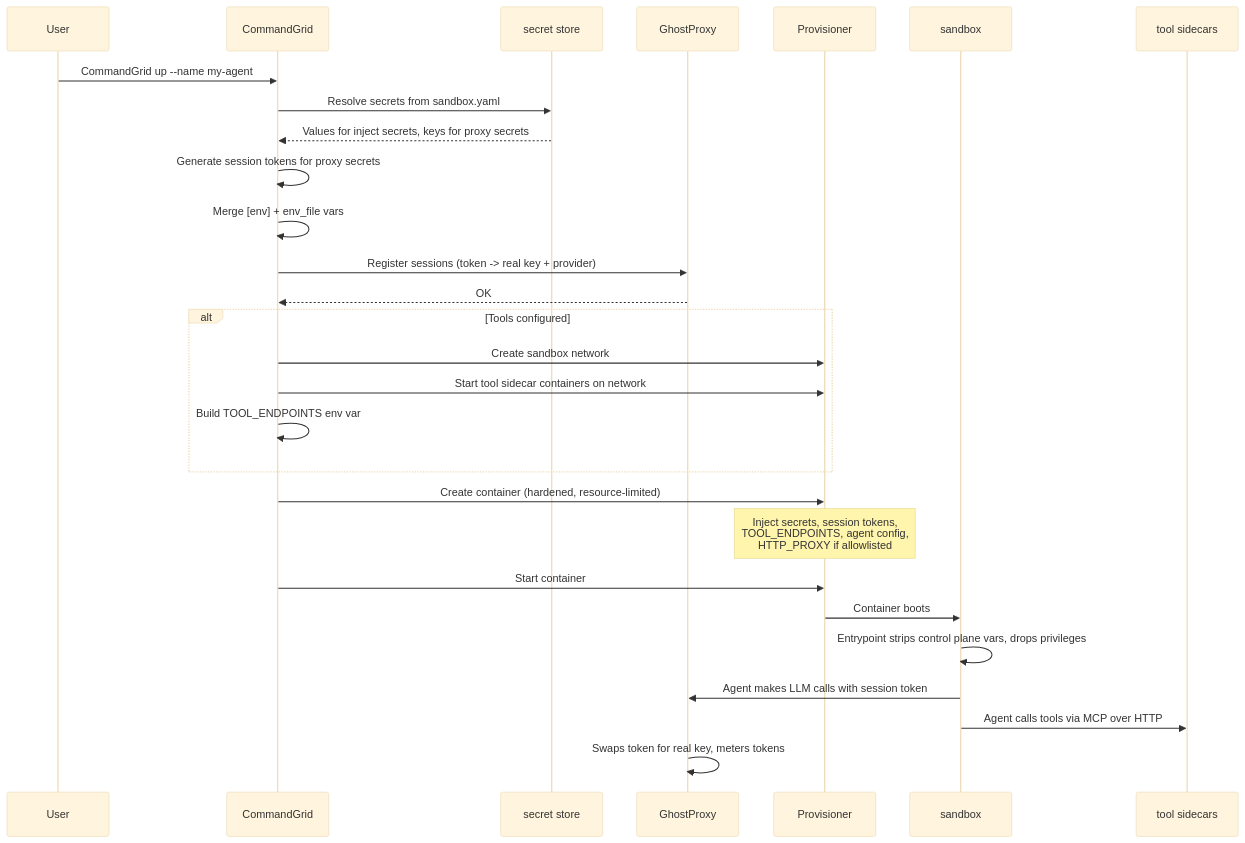
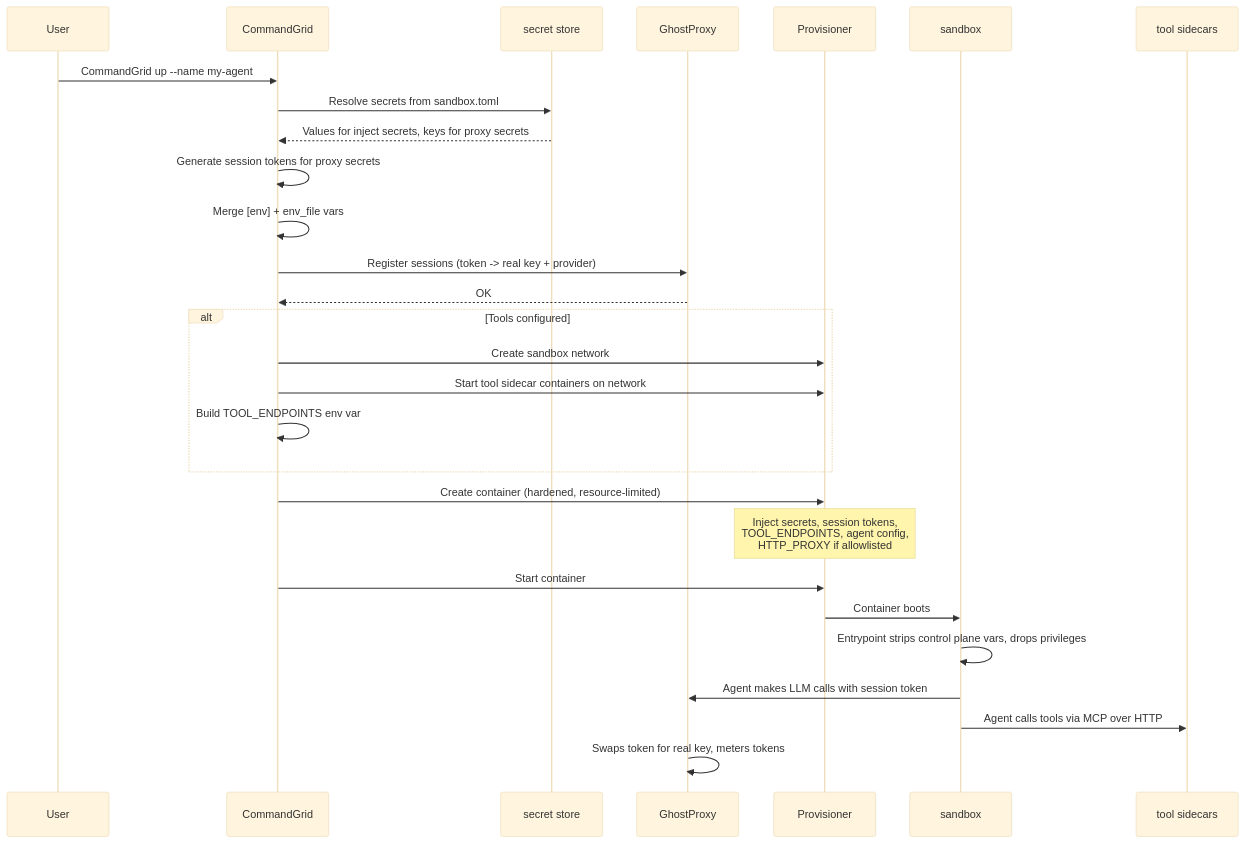
The second of 4 diagrams in README.md (Travbz/CommandGrid), drawn with Mermaid (base theme) before and after one commit. The commit also changed other lines of this file and 3 other files, not shown here.

````diff
--- a/README.md
+++ b/README.md
@@ -140,35 +146,35 @@
 ```mermaid
 sequenceDiagram
     participant User
     participant CP as CommandGrid
     participant Store as secret store
     participant Proxy as GhostProxy
     participant Docker as Provisioner
     participant Sandbox as sandbox
     participant Tools as tool sidecars
 
     User->>CP: CommandGrid up --name my-agent
-    CP->>Store: Resolve secrets from sandbox.yaml
+    CP->>Store: Resolve secrets from sandbox.toml
     Store-->>CP: Values for inject secrets, keys for proxy secrets
 
     CP->>CP: Generate session tokens for proxy secrets
     CP->>CP: Merge [env] + env_file vars
     CP->>Proxy: Register sessions (token -> real key + provider)
     Proxy-->>CP: OK
 
     alt Tools configured
         CP->>Docker: Create sandbox network
         CP->>Docker: Start tool sidecar containers on network
         CP->>CP: Build TOOL_ENDPOINTS env var
     end
 
     CP->>Docker: Create container (hardened, resource-limited)
     Note over Docker: Inject secrets, session tokens,<br/>TOOL_ENDPOINTS, agent config,<br/>HTTP_PROXY if allowlisted
 
     CP->>Docker: Start container
     Docker->>Sandbox: Container boots
     Sandbox->>Sandbox: Entrypoint strips control plane vars, drops privileges
     Sandbox->>Proxy: Agent makes LLM calls with session token
     Sandbox->>Tools: Agent calls tools via MCP over HTTP
     Proxy->>Proxy: Swaps token for real key, meters tokens
 ```
````
